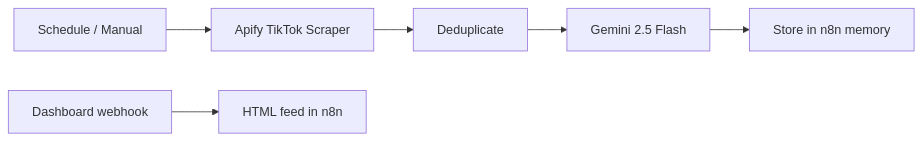
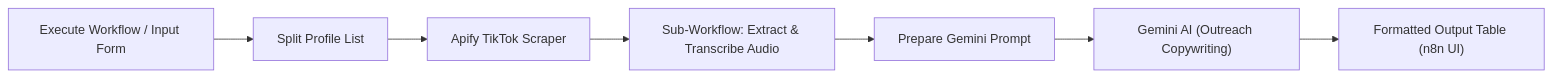
The diagram in README.md (alvarolop/n8n-tiktok-workflows), drawn with Mermaid before and after one commit. The commit also changed other lines of this file and 1 other file, not shown here.

Commit message:
:memo: docs: update README with outreach pipeline architecture and multimodal workflow

````diff
--- a/README.md
+++ b/README.md
@@ -24,8 +23,9 @@
 ```mermaid
 flowchart LR
-    A["Schedule / Manual"] --> B["Apify TikTok Scraper"]
-    B --> C["Deduplicate"]
-    C --> D["Gemini 2.5 Flash"]
-    D --> E["Store in n8n memory"]
-    F["Dashboard webhook"] --> G["HTML feed in n8n"]
+    A["Execute Workflow / Input Form"] --> B["Split Profile List"]
+    B --> C["Apify TikTok Scraper"]
+    C --> D["Sub-Workflow: Extract & Transcribe Audio"]
+    D --> E["Prepare Gemini Prompt"]
+    E --> F["Gemini AI (Outreach Copywriting)"]
+    F --> G["Formatted Output Table (n8n UI)"]
 ```
````
